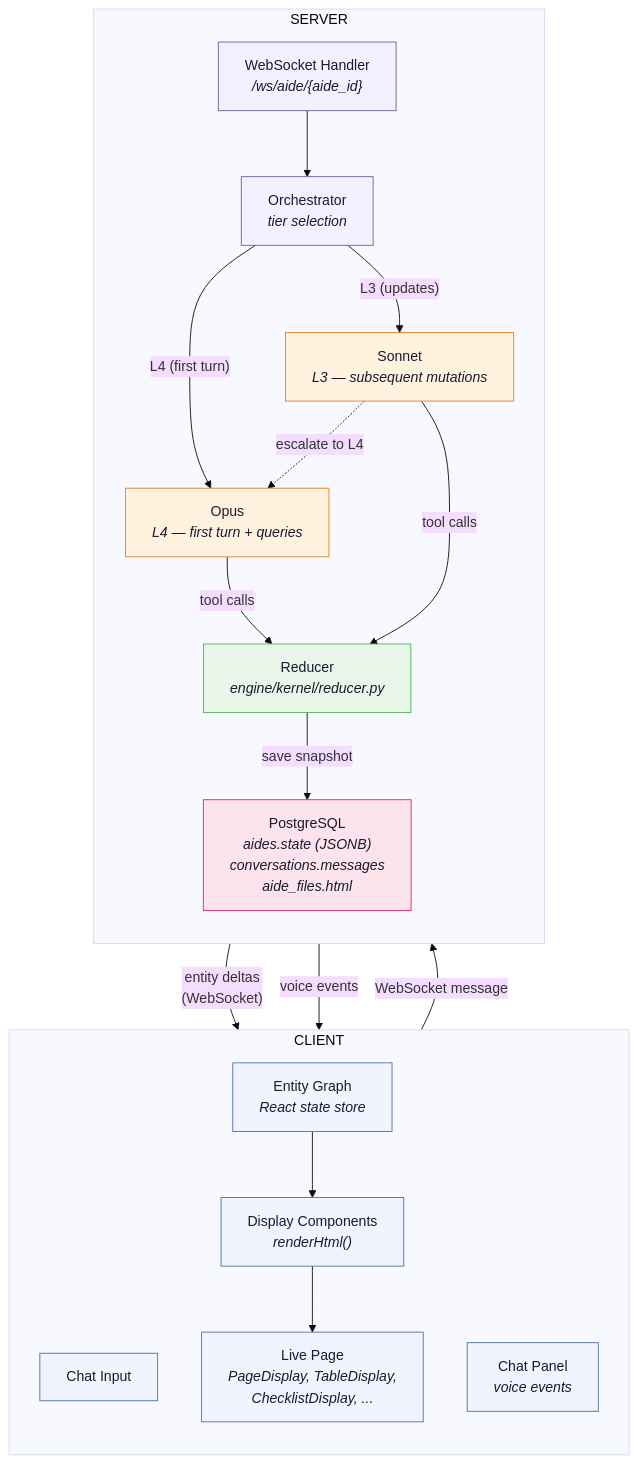
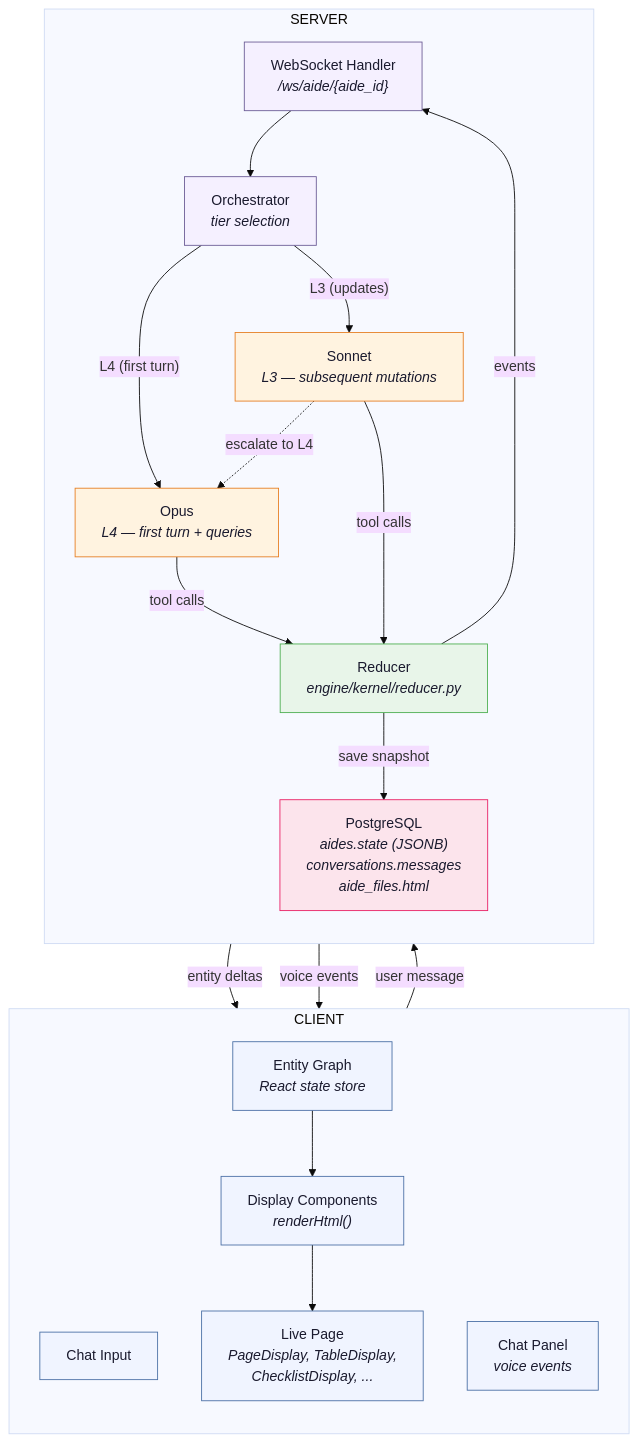
Before and after one commit to zcancio/aide: the diagram in docs/eng_design/aide_v2_architecture.mermaid, drawn with Mermaid (base theme). The commit also changed 5 other files, not shown here.

First line of the commit message:
docs: reducer sends events to WS, WS distributes to client

```diff
--- a/docs/eng_design/aide_v2_architecture.mermaid
+++ b/docs/eng_design/aide_v2_architecture.mermaid
@@ -1,50 +1,51 @@
 graph TD
     subgraph CLIENT["CLIENT"]
         direction TB
         INPUT["Chat Input"]
         CHAT["Chat Panel<br/><i>voice events</i>"]
         GRAPH["Entity Graph<br/><i>React state store</i>"]
         RENDERER["Display Components<br/><i>renderHtml()</i>"]
         PAGE["Live Page<br/><i>PageDisplay, TableDisplay,<br/>ChecklistDisplay, ...</i>"]
 
         GRAPH --> RENDERER
         RENDERER --> PAGE
     end
 
     subgraph SERVER["SERVER"]
         direction TB
         WS["WebSocket Handler<br/><i>/ws/aide/{aide_id}</i>"]
         ORCH["Orchestrator<br/><i>tier selection</i>"]
 
         OPUS["Opus<br/><i>L4 — first turn + queries</i>"]
         SONNET["Sonnet<br/><i>L3 — subsequent mutations</i>"]
 
         REDUCER["Reducer<br/><i>engine/kernel/reducer.py</i>"]
         DB["PostgreSQL<br/><i>aides.state (JSONB)<br/>conversations.messages<br/>aide_files.html</i>"]
 
         WS --> ORCH
         ORCH -->|"L4 (first turn)"| OPUS
         ORCH -->|"L3 (updates)"| SONNET
 
         OPUS -->|"tool calls"| REDUCER
         SONNET -->|"tool calls"| REDUCER
         SONNET -.->|"escalate to L4"| OPUS
 
         REDUCER -->|"save snapshot"| DB
+        REDUCER -->|"events"| WS
     end
 
-    INPUT -->|"WebSocket message"| WS
-    REDUCER -->|"entity deltas<br/>(WebSocket)"| GRAPH
-    REDUCER -->|"voice events"| CHAT
+    INPUT -->|"user message"| WS
+    WS -->|"entity deltas"| GRAPH
+    WS -->|"voice events"| CHAT
 
     classDef client fill:#f0f4ff,stroke:#4a6fa5,color:#1a1a2e
     classDef server fill:#f5f0ff,stroke:#6b5b95,color:#1a1a2e
     classDef llm fill:#fff3e0,stroke:#e67e22,color:#1a1a2e
     classDef pipeline fill:#e8f5e9,stroke:#4caf50,color:#1a1a2e
     classDef storage fill:#fce4ec,stroke:#e91e63,color:#1a1a2e
 
     class INPUT,CHAT,GRAPH,RENDERER,PAGE client
     class WS,ORCH server
     class SONNET,OPUS llm
     class REDUCER pipeline
     class DB storage
```
